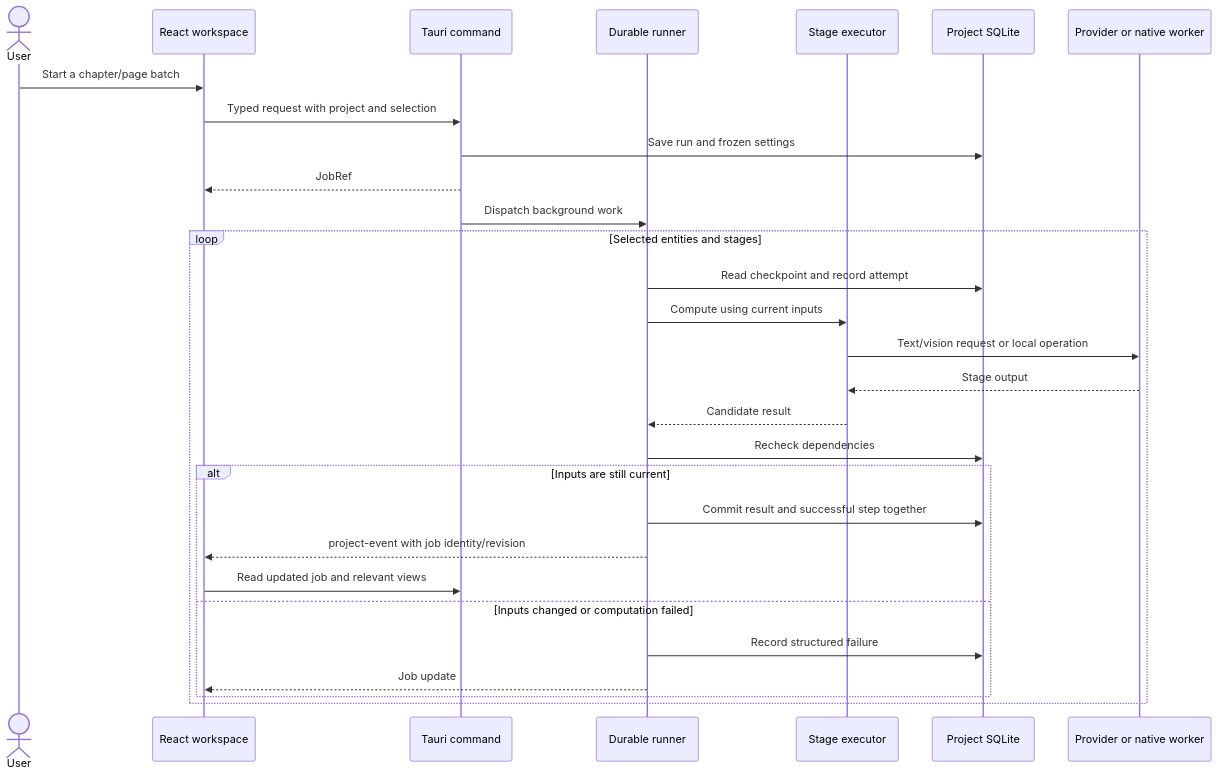
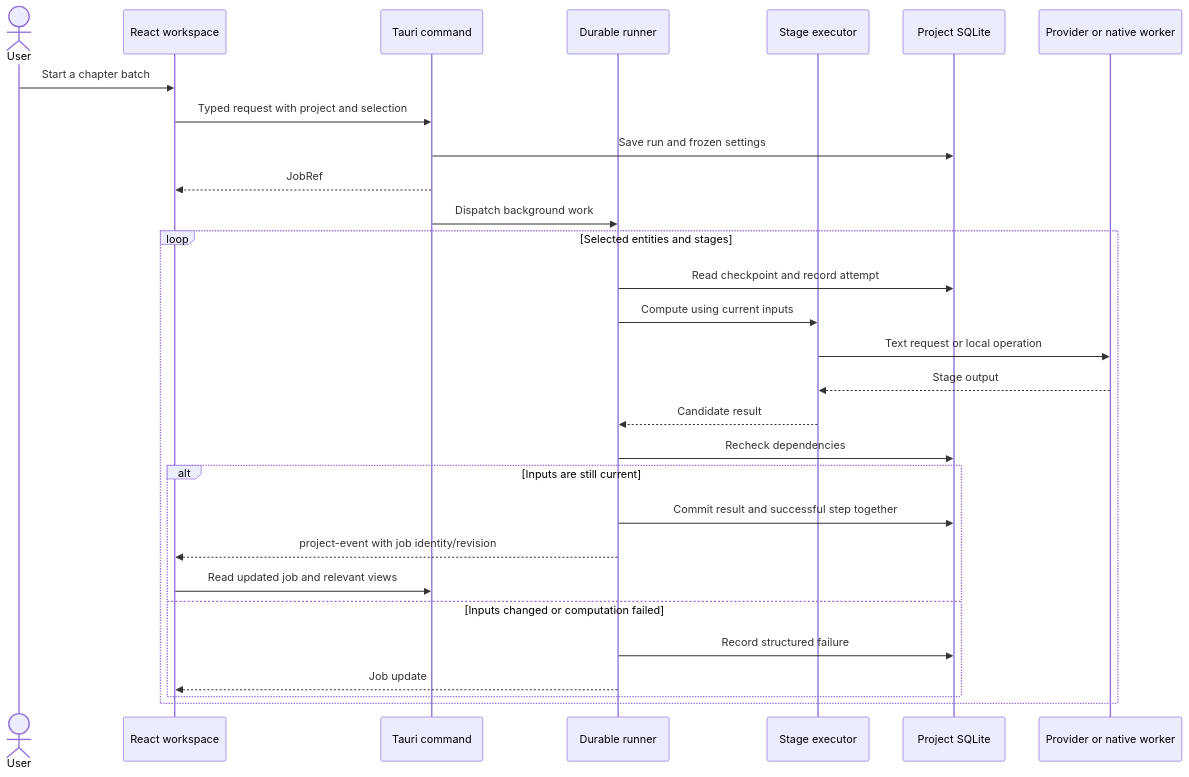
Before and after one commit to umount/book-converter: the third of 5 diagrams in docs/ARCHITECTURE.md, drawn with Mermaid. The commit also changed other lines of this file and 5 other files, not shown here.

Commit message:
docs: align narration workflows and architecture with implementation

````diff
--- a/docs/ARCHITECTURE.md
+++ b/docs/ARCHITECTURE.md
@@ -159,31 +189,31 @@
 ```mermaid
 sequenceDiagram
     actor User
     participant UI as React workspace
     participant Command as Tauri command
     participant Runner as Durable runner
     participant Service as Stage executor
     participant DB as Project SQLite
     participant Engine as Provider or native worker
-    User->>UI: Start a chapter/page batch
+    User->>UI: Start a chapter batch
     UI->>Command: Typed request with project and selection
     Command->>DB: Save run and frozen settings
     Command-->>UI: JobRef
     Command->>Runner: Dispatch background work
     loop Selected entities and stages
         Runner->>DB: Read checkpoint and record attempt
         Runner->>Service: Compute using current inputs
-        Service->>Engine: Text/vision request or local operation
+        Service->>Engine: Text request or local operation
         Engine-->>Service: Stage output
         Service-->>Runner: Candidate result
         Runner->>DB: Recheck dependencies
         alt Inputs are still current
             Runner->>DB: Commit result and successful step together
             Runner-->>UI: project-event with job identity/revision
             UI->>Command: Read updated job and relevant views
         else Inputs changed or computation failed
             Runner->>DB: Record structured failure
             Runner-->>UI: Job update
         end
     end
 ```
````
